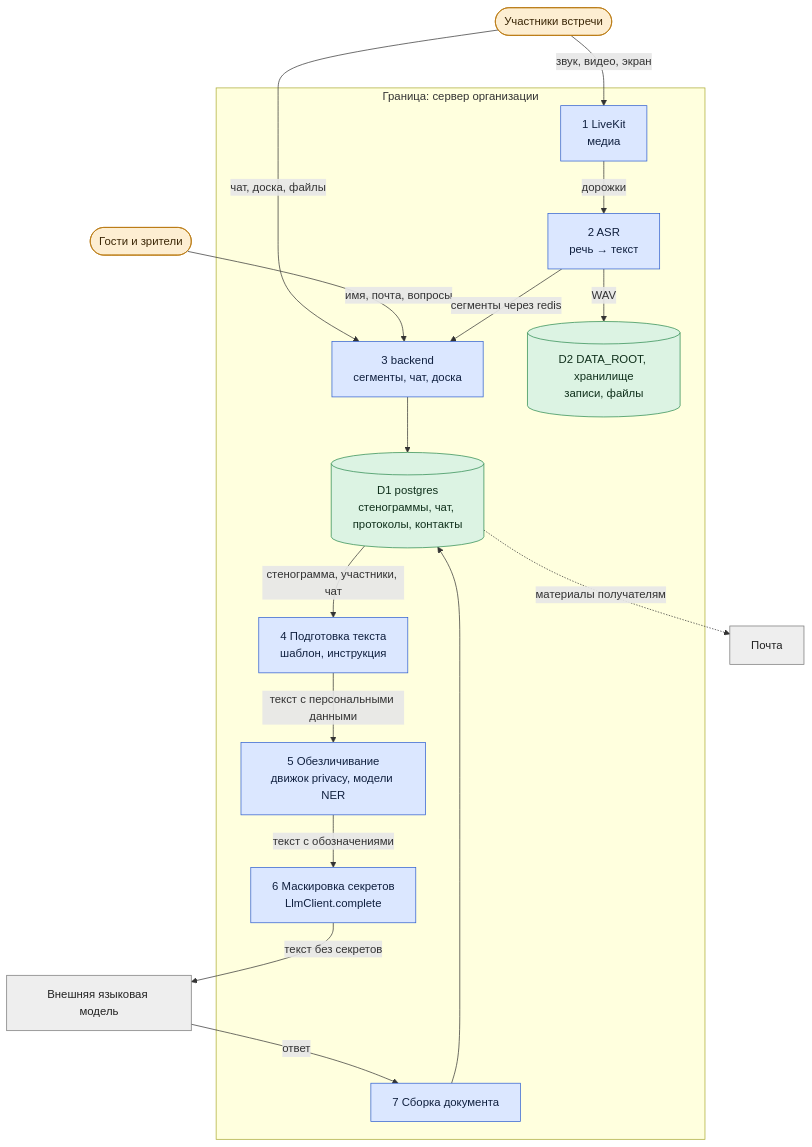
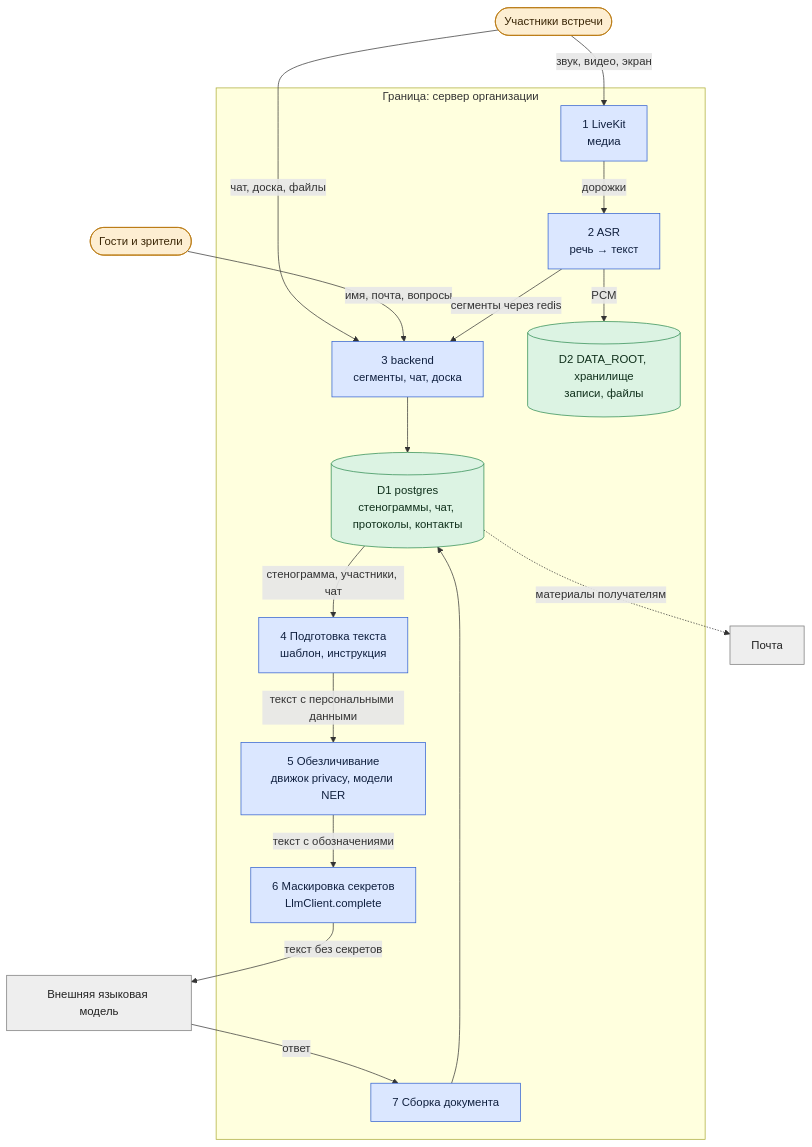
The first of 2 diagrams in wiki/Архитектура-Обработка-персональных-данных.md (calleograph/peregovorka), drawn with Mermaid before and after one commit. The commit also changed other lines of this file and 73 other files, not shown here.

````diff
--- a/wiki/Архитектура-Обработка-персональных-данных.md
+++ b/wiki/Архитектура-Обработка-персональных-данных.md
@@ -70,36 +77,36 @@
 ```mermaid
 flowchart TB
   P(["Участники встречи"]):::person
   G(["Гости и зрители"]):::person
   subgraph S["Граница: сервер организации"]
     C1["1 LiveKit<br/>медиа"]:::own
     C2["2 ASR<br/>речь → текст"]:::own
     C3["3 backend<br/>сегменты, чат, доска"]:::own
     C4["4 Подготовка текста<br/>шаблон, инструкция"]:::own
     C5["5 Обезличивание<br/>движок privacy, модели NER"]:::own
     C6["6 Маскировка секретов<br/>LlmClient.complete"]:::own
     C7["7 Сборка документа"]:::own
     D1[("D1 postgres<br/>стенограммы, чат, протоколы, контакты")]:::data
     D2[("D2 DATA_ROOT, хранилище<br/>записи, файлы")]:::data
   end
   L["Внешняя языковая модель"]:::ext
   M["Почта"]:::ext
   P -->|"звук, видео, экран"| C1
   P -->|"чат, доска, файлы"| C3
   G -->|"имя, почта, вопросы"| C3
   C1 -->|"дорожки"| C2
   C2 -->|"сегменты через redis"| C3
-  C2 -->|"WAV"| D2
+  C2 -->|"PCM"| D2
   C3 --> D1
   D1 -->|"стенограмма, участники, чат"| C4
   C4 -->|"текст с персональными данными"| C5
   C5 -->|"текст с обозначениями"| C6
   C6 -->|"текст без секретов"| L
   L -->|"ответ"| C7
   C7 --> D1
   D1 -.->|"материалы получателям"| M
   classDef own fill:#dbe7ff,stroke:#2f5fd0,color:#10203f
   classDef data fill:#dcf3e3,stroke:#2b8a4e,color:#10301c
   classDef ext fill:#eee,stroke:#777,color:#222
   classDef person fill:#fdeed2,stroke:#b9770e,color:#3a2606
 ```
````
